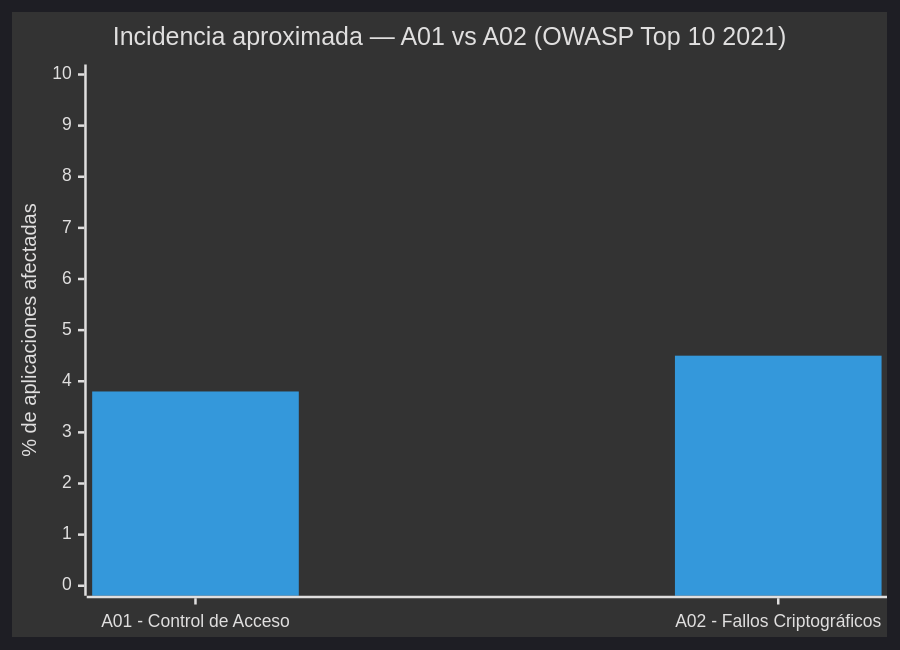
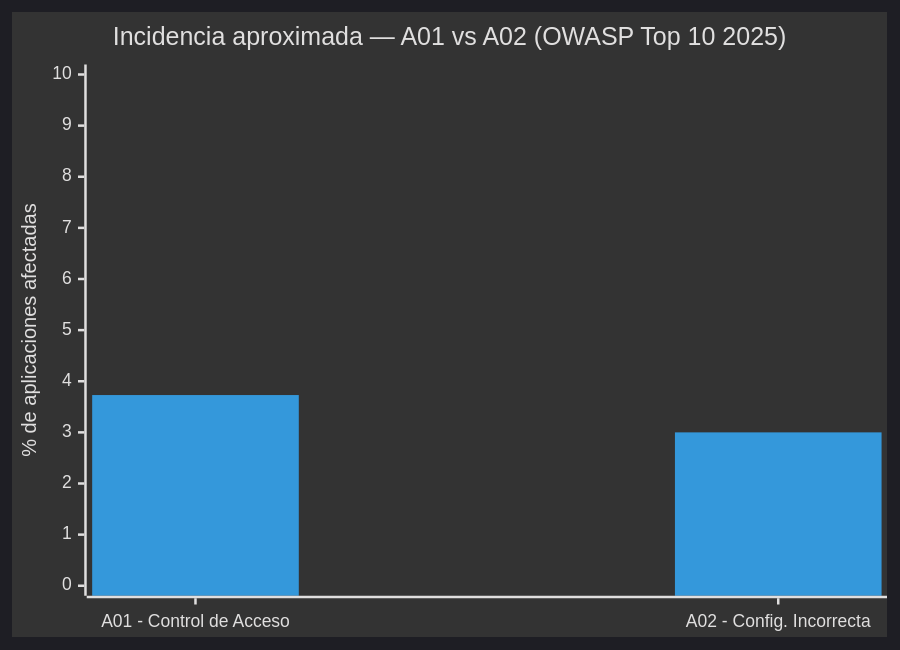
The second of 16 diagrams in Grupo2/README.md (jaiderospina/DEVSECOPS2026_2), drawn with Mermaid before and after one commit. The commit also changed other lines of this file, not shown here.

Commit message:
Versión final: OWASP Top 10 2025 unificado (A01-A10)

````diff
--- a/Grupo2/README.md
+++ b/Grupo2/README.md
@@ -68,8 +120,8 @@
 ```mermaid
 %%{init: {'theme':'dark'}}%%
 xychart-beta
-    title "Incidencia aproximada — A01 vs A02 (OWASP Top 10 2021)"
-    x-axis ["A01 - Control de Acceso", "A02 - Fallos Criptográficos"]
+    title "Incidencia aproximada — A01 vs A02 (OWASP Top 10 2025)"
+    x-axis ["A01 - Control de Acceso", "A02 - Config. Incorrecta"]
     y-axis "% de aplicaciones afectadas" 0 --> 10
-    bar [3.8, 4.5]
+    bar [3.73, 3.00]
 ```
````
